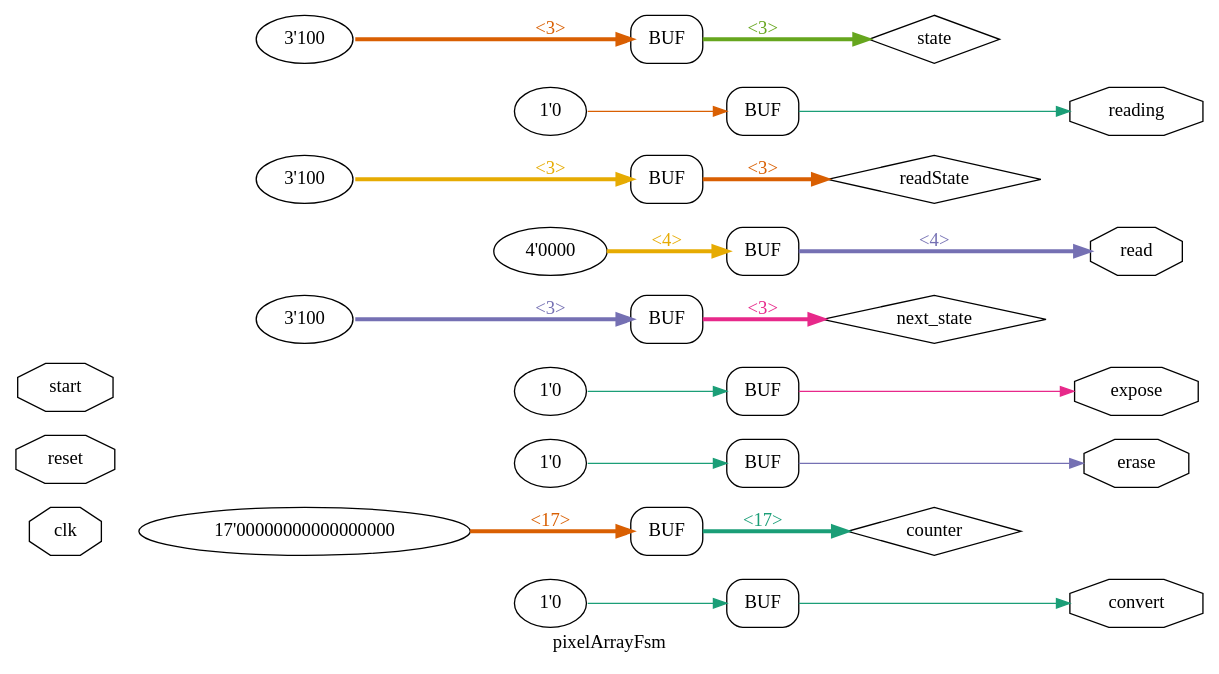
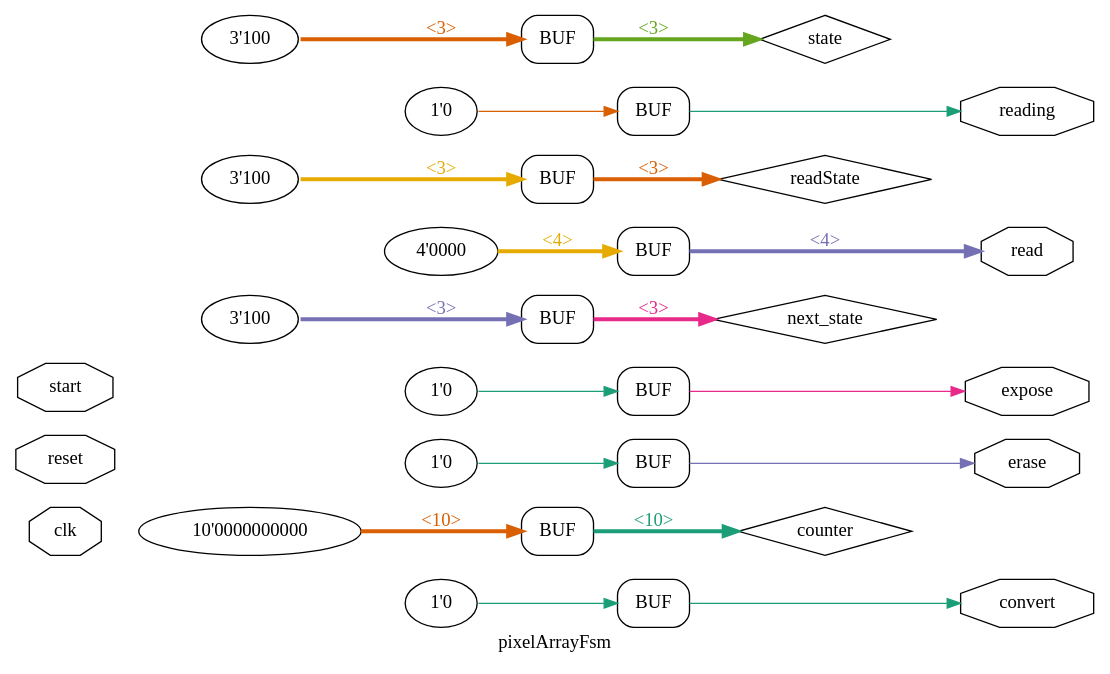
One commit to Memmedud/TFE4152-Project changed the diagram in verilog/pixelSensorFsm.dot. Above: the diagram before and after it, drawn with Graphviz. The commit also changed 6 other files, not shown here.

```diff
--- a/verilog/pixelSensorFsm.dot
+++ b/verilog/pixelSensorFsm.dot
@@ -1,55 +1,55 @@
 digraph "pixelArrayFsm" {
 label="pixelArrayFsm";
 rankdir="LR";
 remincross=true;
 n1 [ shape=octagon, label="clk", color="black", fontcolor="black" ];
 n2 [ shape=octagon, label="convert", color="black", fontcolor="black" ];
 n3 [ shape=diamond, label="counter", color="black", fontcolor="black" ];
 n4 [ shape=octagon, label="erase", color="black", fontcolor="black" ];
 n5 [ shape=octagon, label="expose", color="black", fontcolor="black" ];
 n6 [ shape=diamond, label="next_state", color="black", fontcolor="black" ];
 n7 [ shape=octagon, label="read", color="black", fontcolor="black" ];
 n8 [ shape=diamond, label="readState", color="black", fontcolor="black" ];
 n9 [ shape=octagon, label="reading", color="black", fontcolor="black" ];
 n10 [ shape=octagon, label="reset", color="black", fontcolor="black" ];
 n11 [ shape=octagon, label="start", color="black", fontcolor="black" ];
 n12 [ shape=diamond, label="state", color="black", fontcolor="black" ];
 { rank="source"; n1; n10; n11;}
 { rank="sink"; n2; n4; n5; n7; n9;}
 v0 [ label="1'0" ];
 x1 [shape=box, style=rounded, label="BUF"];
-v2 [ label="17'00000000000000000" ];
+v2 [ label="10'0000000000" ];
 x3 [shape=box, style=rounded, label="BUF"];
 v4 [ label="1'0" ];
 x5 [shape=box, style=rounded, label="BUF"];
 v6 [ label="1'0" ];
 x7 [shape=box, style=rounded, label="BUF"];
 v8 [ label="3'100" ];
 x9 [shape=box, style=rounded, label="BUF"];
 v10 [ label="4'0000" ];
 x11 [shape=box, style=rounded, label="BUF"];
 v12 [ label="3'100" ];
 x13 [shape=box, style=rounded, label="BUF"];
 v14 [ label="1'0" ];
 x15 [shape=box, style=rounded, label="BUF"];
 v16 [ label="3'100" ];
 x17 [shape=box, style=rounded, label="BUF"];
 x17:e:e -> n12:w [colorscheme="dark28", color="5", fontcolor="5", style="setlinewidth(3)", label="<3>"];
 x1:e:e -> n2:w [colorscheme="dark28", color="1", fontcolor="1", label=""];
-x3:e:e -> n3:w [colorscheme="dark28", color="1", fontcolor="1", style="setlinewidth(3)", label="<17>"];
+x3:e:e -> n3:w [colorscheme="dark28", color="1", fontcolor="1", style="setlinewidth(3)", label="<10>"];
 x5:e:e -> n4:w [colorscheme="dark28", color="3", fontcolor="3", label=""];
 x7:e:e -> n5:w [colorscheme="dark28", color="4", fontcolor="4", label=""];
 x9:e:e -> n6:w [colorscheme="dark28", color="4", fontcolor="4", style="setlinewidth(3)", label="<3>"];
 x11:e:e -> n7:w [colorscheme="dark28", color="3", fontcolor="3", style="setlinewidth(3)", label="<4>"];
 x13:e:e -> n8:w [colorscheme="dark28", color="2", fontcolor="2", style="setlinewidth(3)", label="<3>"];
 x15:e:e -> n9:w [colorscheme="dark28", color="1", fontcolor="1", label=""];
 v0:e -> x1:w:w [colorscheme="dark28", color="1", fontcolor="1", label=""];
 v10:e -> x11:w:w [colorscheme="dark28", color="6", fontcolor="6", style="setlinewidth(3)", label="<4>"];
 v12:e -> x13:w:w [colorscheme="dark28", color="6", fontcolor="6", style="setlinewidth(3)", label="<3>"];
 v14:e -> x15:w:w [colorscheme="dark28", color="2", fontcolor="2", label=""];
 v16:e -> x17:w:w [colorscheme="dark28", color="2", fontcolor="2", style="setlinewidth(3)", label="<3>"];
-v2:e -> x3:w:w [colorscheme="dark28", color="2", fontcolor="2", style="setlinewidth(3)", label="<17>"];
+v2:e -> x3:w:w [colorscheme="dark28", color="2", fontcolor="2", style="setlinewidth(3)", label="<10>"];
 v4:e -> x5:w:w [colorscheme="dark28", color="1", fontcolor="1", label=""];
 v6:e -> x7:w:w [colorscheme="dark28", color="1", fontcolor="1", label=""];
 v8:e -> x9:w:w [colorscheme="dark28", color="3", fontcolor="3", style="setlinewidth(3)", label="<3>"];
 }
```
